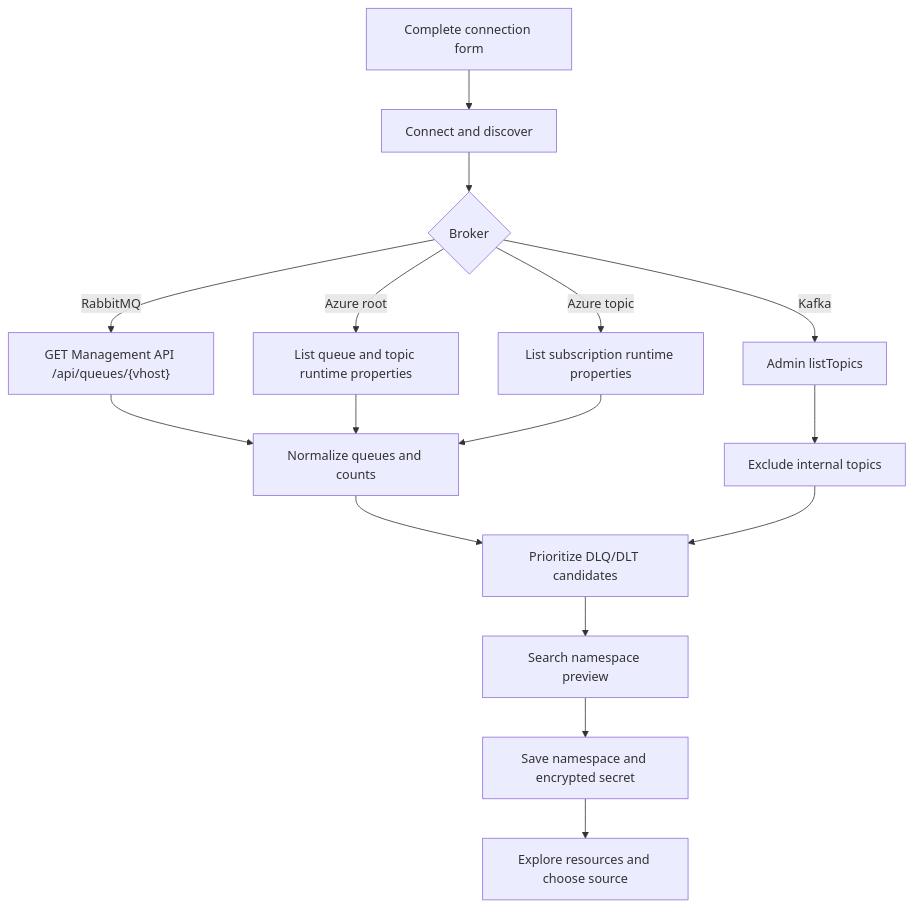
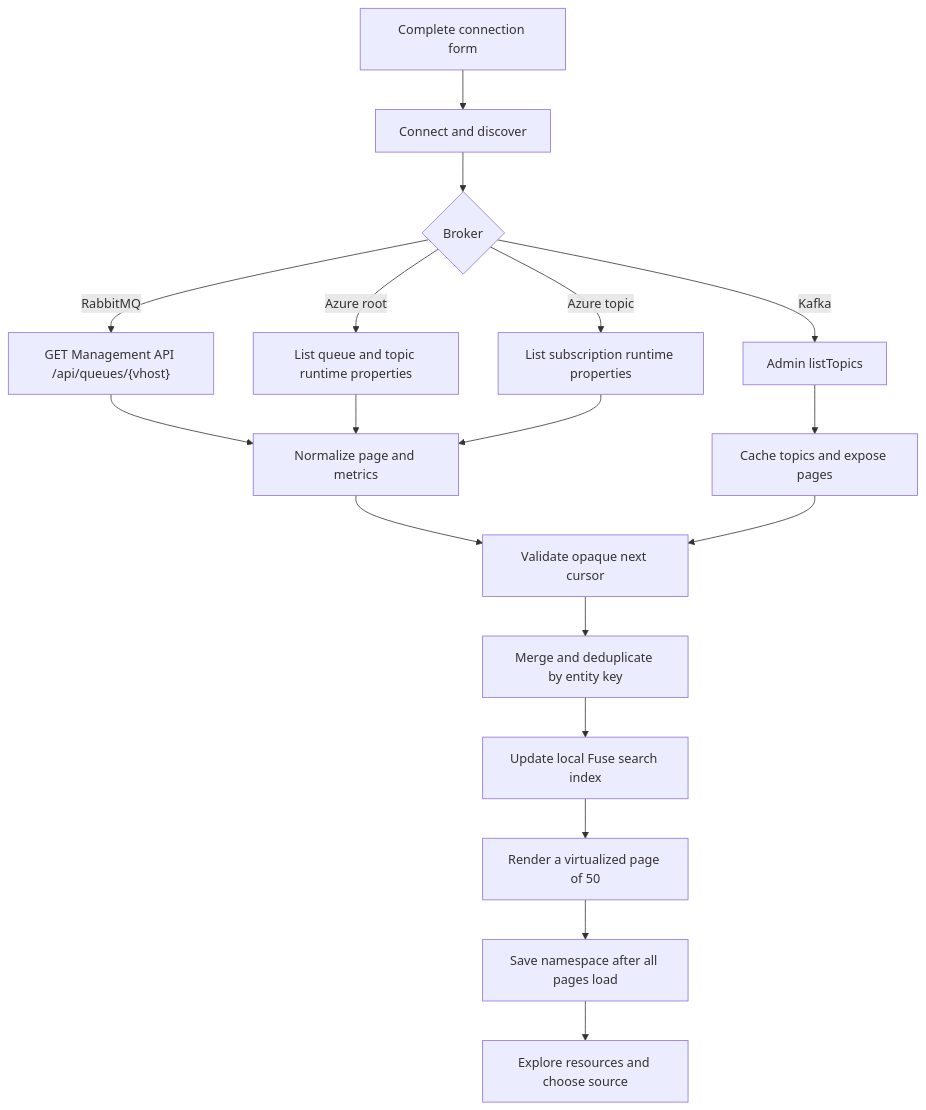
One commit to crisjar3/dlq-commander changed the third of 4 diagrams in docs/architecture.md. Above: the diagram before and after it, drawn with Mermaid. The commit also changed other lines of this file and 20 other files, not shown here.

````diff
--- a/docs/architecture.md
+++ b/docs/architecture.md
@@ -82,18 +82,20 @@
 ```mermaid
 flowchart TD
     A["Complete connection form"] --> B["Connect and discover"]
     B --> C{"Broker"}
     C -->|"RabbitMQ"| D["GET Management API /api/queues/{vhost}"]
     C -->|"Kafka"| E["Admin listTopics"]
     C -->|"Azure root"| F["List queue and topic runtime properties"]
     C -->|"Azure topic"| L["List subscription runtime properties"]
-    D --> G["Normalize queues and counts"]
-    E --> H["Exclude internal topics"]
+    D --> G["Normalize page and metrics"]
+    E --> H["Cache topics and expose pages"]
     F --> G
     L --> G
-    G --> I["Prioritize DLQ/DLT candidates"]
+    G --> I["Validate opaque next cursor"]
     H --> I
-    I --> J["Search namespace preview"]
-    J --> K["Save namespace and encrypted secret"]
+    I --> J["Merge and deduplicate by entity key"]
+    J --> N["Update local Fuse search index"]
+    N --> O["Render a virtualized page of 50"]
+    O --> K["Save namespace after all pages load"]
     K --> M["Explore resources and choose source"]
 ```
````
